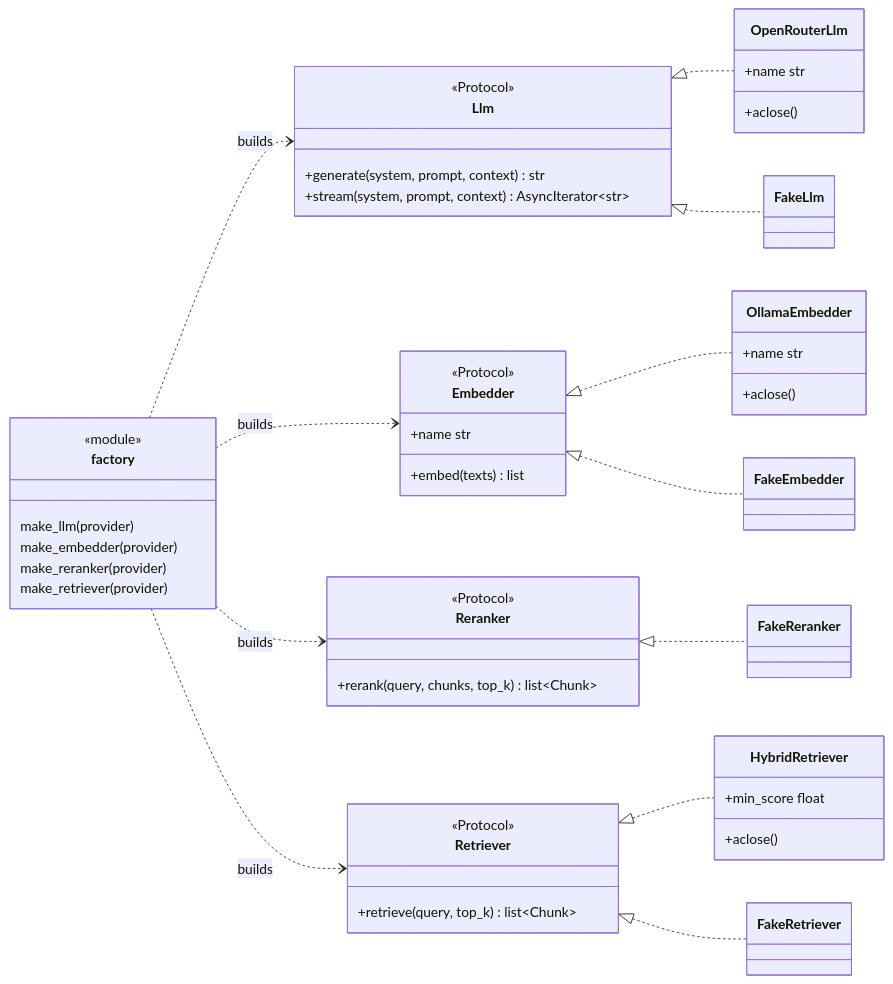
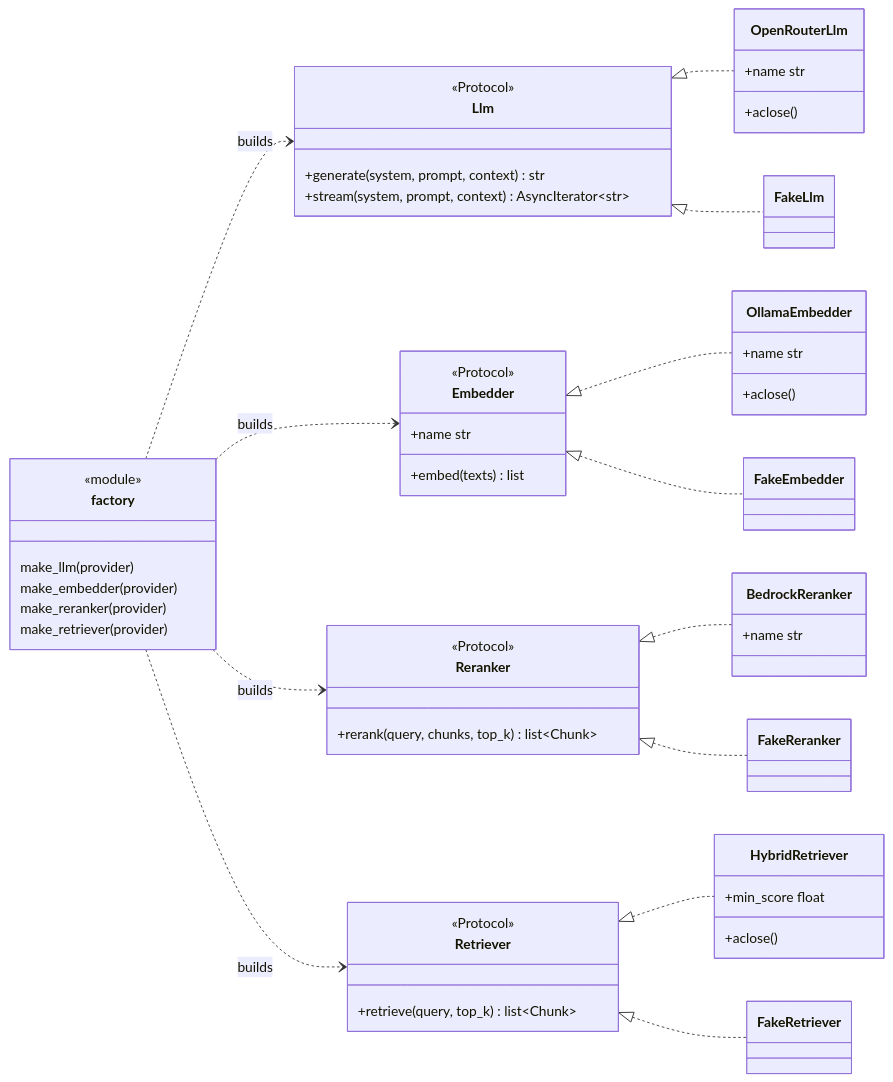
The first of 3 diagrams in docs/architecture.md (monitus2022/owl-online), drawn with Mermaid before and after one commit. The commit also changed other lines of this file and 16 other files, not shown here.

First line of the commit message:
feat(retrieval): Bedrock reranker amazon.rerank-v1:0 + wide-pool rerank (#6)

````diff
--- a/docs/architecture.md
+++ b/docs/architecture.md
@@ -36,60 +36,64 @@
 ```mermaid
 classDiagram
   direction LR
 
   class Llm {
     <<Protocol>>
     +generate(system, prompt, context) str
     +stream(system, prompt, context) AsyncIterator~str~
   }
   class Embedder {
     <<Protocol>>
     +name str
     +embed(texts) list
   }
   class Reranker {
     <<Protocol>>
     +rerank(query, chunks, top_k) list~Chunk~
   }
   class Retriever {
     <<Protocol>>
     +retrieve(query, top_k) list~Chunk~
   }
 
   class OpenRouterLlm {
     +name str
     +aclose()
   }
   class OllamaEmbedder {
     +name str
     +aclose()
   }
   class HybridRetriever {
     +min_score float
     +aclose()
   }
+  class BedrockReranker {
+    +name str
+  }
   class FakeLlm
   class FakeEmbedder
   class FakeReranker
   class FakeRetriever
 
   Llm <|.. OpenRouterLlm
   Llm <|.. FakeLlm
   Embedder <|.. OllamaEmbedder
   Embedder <|.. FakeEmbedder
+  Reranker <|.. BedrockReranker
   Reranker <|.. FakeReranker
   Retriever <|.. HybridRetriever
   Retriever <|.. FakeRetriever
 
   class factory {
     <<module>>
     make_llm(provider)
     make_embedder(provider)
     make_reranker(provider)
     make_retriever(provider)
   }
   factory ..> Llm : builds
   factory ..> Embedder : builds
   factory ..> Reranker : builds
   factory ..> Retriever : builds
 ```
````
